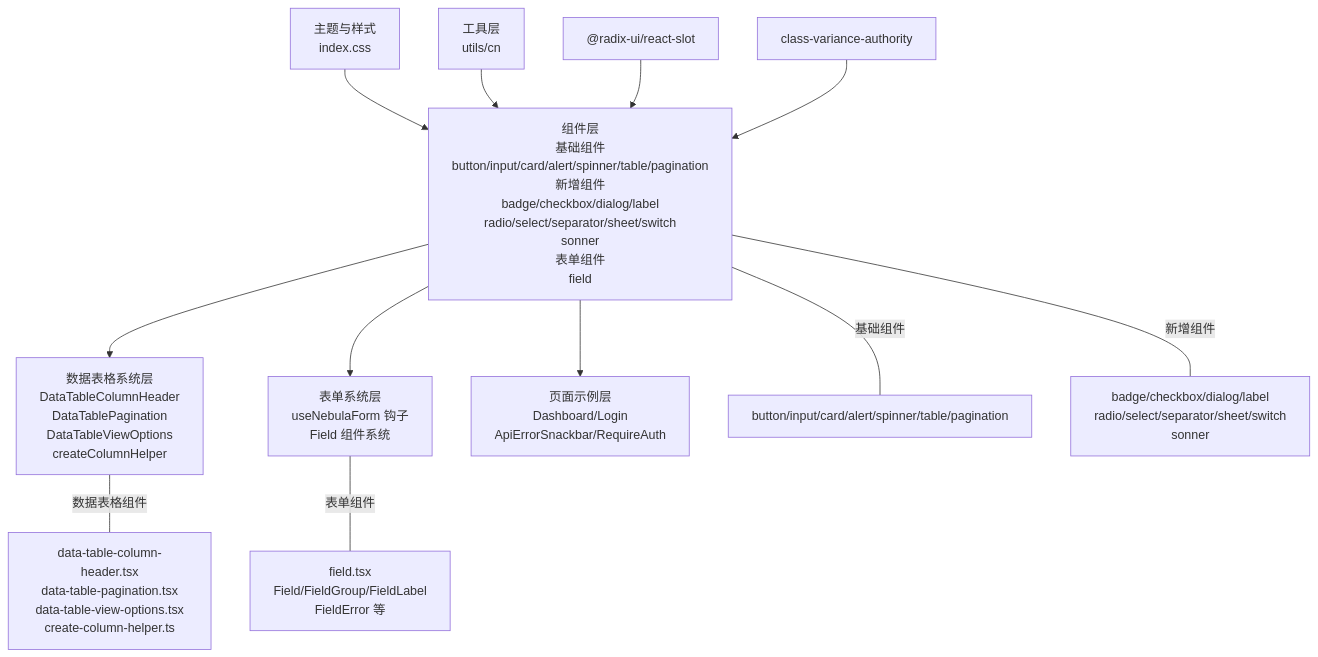
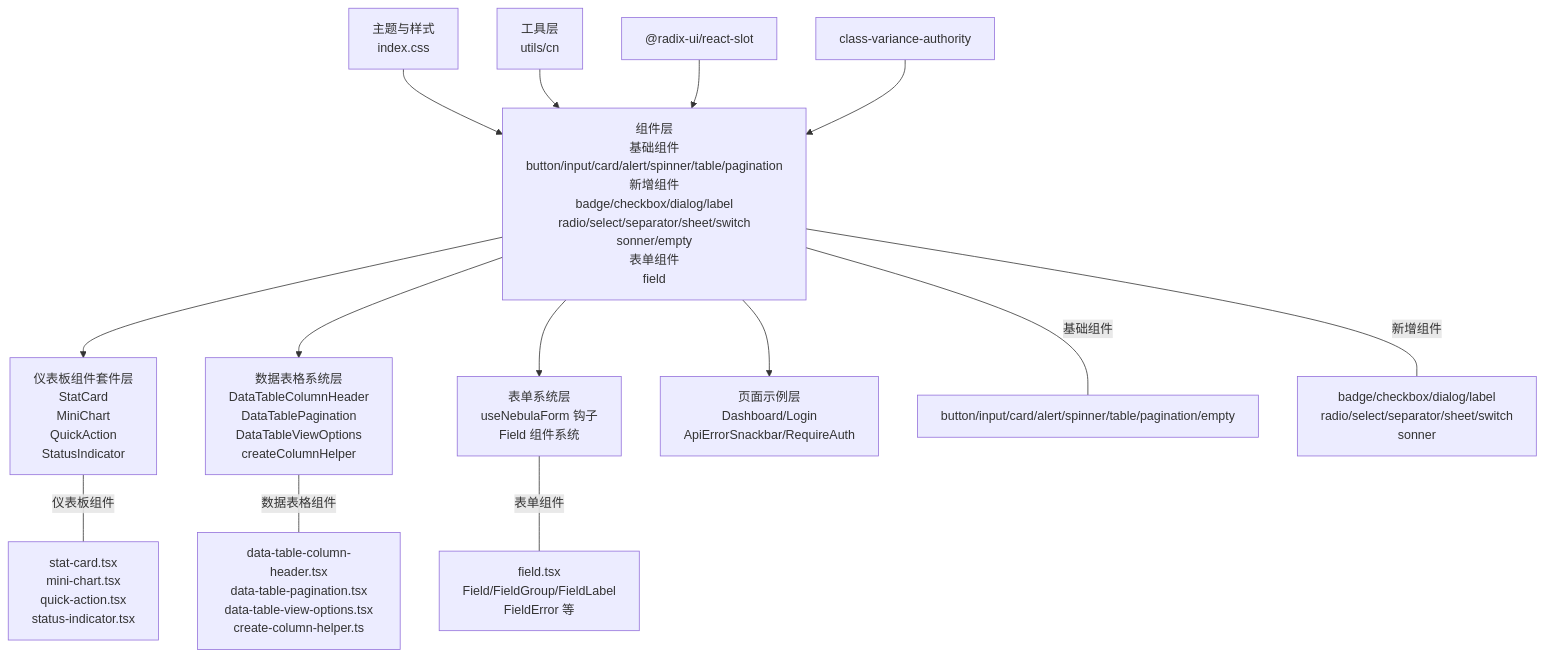
The second of 20 diagrams in .qoder/repowiki/zh/content/前端系统/UI 组件库/UI 组件库.md (translateServers/nodes-stack), drawn with Mermaid before and after one commit. The commit also changed other lines of this file and 5 other files, not shown here.

````diff
--- a/.qoder/repowiki/zh/content/前端系统/UI 组件库/UI 组件库.md
+++ b/.qoder/repowiki/zh/content/前端系统/UI 组件库/UI 组件库.md
@@ -371,14 +444,16 @@
 ```mermaid
 graph TB
-THEME["主题与样式<br/>index.css"] --> LAYER1["组件层<br/>基础组件<br/>button/input/card/alert/spinner/table/pagination<br/>新增组件<br/>badge/checkbox/dialog/label<br/>radio/select/separator/sheet/switch<br/>sonner<br/>表单组件<br/>field"]
+THEME["主题与样式<br/>index.css"] --> LAYER1["组件层<br/>基础组件<br/>button/input/card/alert/spinner/table/pagination<br/>新增组件<br/>badge/checkbox/dialog/label<br/>radio/select/separator/sheet/switch<br/>sonner/empty<br/>表单组件<br/>field"]
 UTIL["工具层<br/>utils/cn"] --> LAYER1
 RADIX["@radix-ui/react-slot"] --> LAYER1
 CVAVA["class-variance-authority"] --> LAYER1
+LAYER1 --> DASHBOARD["仪表板组件套件层<br/>StatCard<br/>MiniChart<br/>QuickAction<br/>StatusIndicator"]
 LAYER1 --> DATATABLE["数据表格系统层<br/>DataTableColumnHeader<br/>DataTablePagination<br/>DataTableViewOptions<br/>createColumnHelper"]
 LAYER1 --> FORM["表单系统层<br/>useNebulaForm 钩子<br/>Field 组件系统"]
 LAYER1 --> PAGES["页面示例层<br/>Dashboard/Login<br/>ApiErrorSnackbar/RequireAuth"]
-LAYER1 ---|"基础组件"| BASE["button/input/card/alert/spinner/table/pagination"]
+LAYER1 ---|"基础组件"| BASE["button/input/card/alert/spinner/table/pagination/empty"]
 LAYER1 ---|"新增组件"| NEW["badge/checkbox/dialog/label<br/>radio/select/separator/sheet/switch<br/>sonner"]
+DASHBOARD ---|"仪表板组件"| DBCOMP["stat-card.tsx<br/>mini-chart.tsx<br/>quick-action.tsx<br/>status-indicator.tsx"]
 DATATABLE ---|"数据表格组件"| DT["data-table-column-header.tsx<br/>data-table-pagination.tsx<br/>data-table-view-options.tsx<br/>create-column-helper.ts"]
 FORM ---|"表单组件"| FIELDCOMP["field.tsx<br/>Field/FieldGroup/FieldLabel<br/>FieldError 等"]
 ```
````
